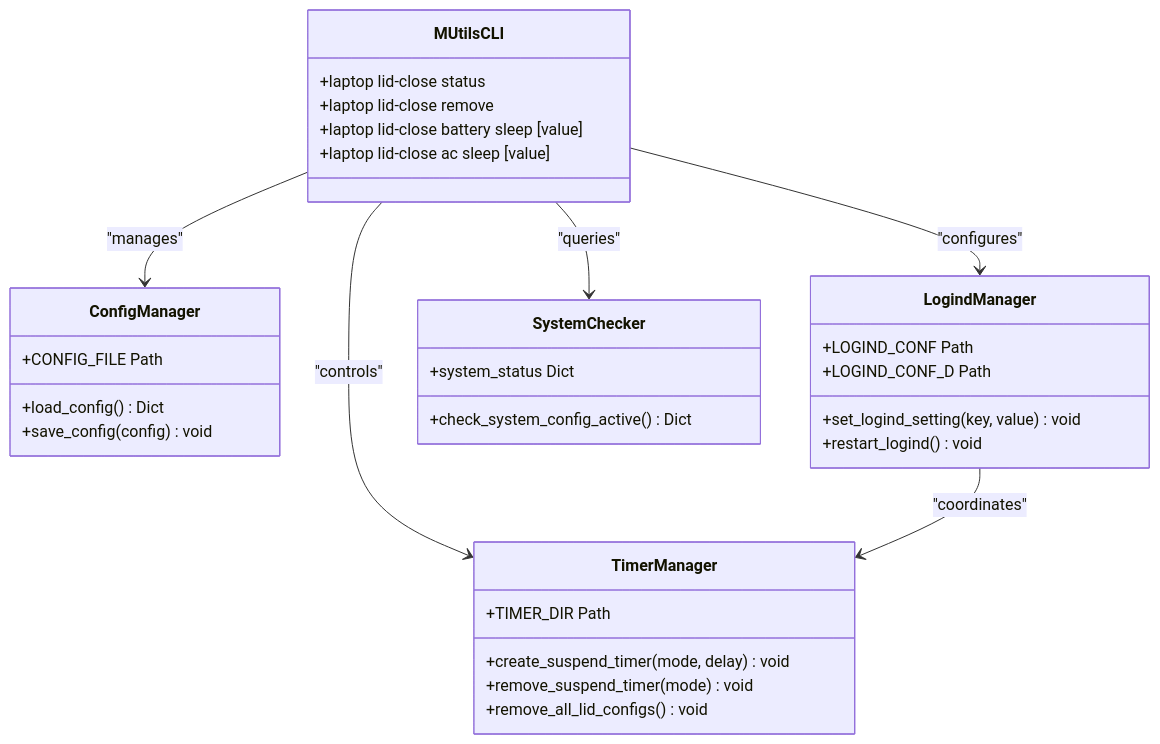
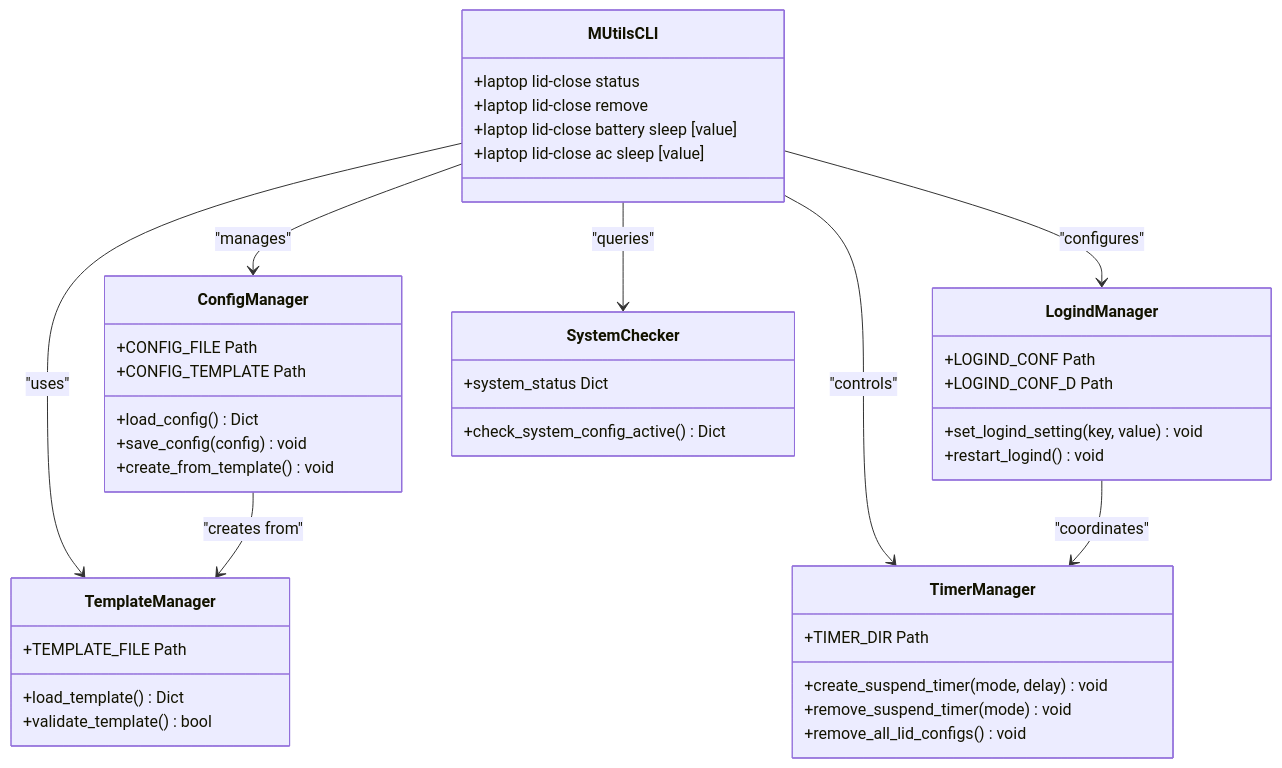
One commit to cr8ivecodesmith/dotfiles changed the third of 9 diagrams in .qoder/repowiki/en/content/System Integration/M-Utils System Management.md. Above: the diagram before and after it, drawn with Mermaid. The commit also changed other lines of this file, not shown here.

First line of the commit message:
feat(system): introduce template-based config and system-wide environment management

````diff
--- a/.qoder/repowiki/en/content/System Integration/M-Utils System Management.md
+++ b/.qoder/repowiki/en/content/System Integration/M-Utils System Management.md
@@ -193,35 +222,44 @@
 ```mermaid
 classDiagram
 class MUtilsCLI {
 +laptop lid-close status
 +laptop lid-close remove
 +laptop lid-close battery sleep [value]
 +laptop lid-close ac sleep [value]
 }
 class ConfigManager {
 +load_config() Dict
 +save_config(config) void
 +CONFIG_FILE Path
++CONFIG_TEMPLATE Path
++create_from_template() void
+}
+class TemplateManager {
++load_template() Dict
++validate_template() bool
++TEMPLATE_FILE Path
 }
 class LogindManager {
 +set_logind_setting(key, value) void
 +restart_logind() void
 +LOGIND_CONF Path
 +LOGIND_CONF_D Path
 }
 class TimerManager {
 +create_suspend_timer(mode, delay) void
 +remove_suspend_timer(mode) void
 +remove_all_lid_configs() void
 +TIMER_DIR Path
 }
 class SystemChecker {
 +check_system_config_active() Dict
 +system_status Dict
 }
 MUtilsCLI --> ConfigManager : "manages"
+MUtilsCLI --> TemplateManager : "uses"
 MUtilsCLI --> LogindManager : "configures"
 MUtilsCLI --> TimerManager : "controls"
 MUtilsCLI --> SystemChecker : "queries"
+ConfigManager --> TemplateManager : "creates from"
 LogindManager --> TimerManager : "coordinates"
 ```
````
